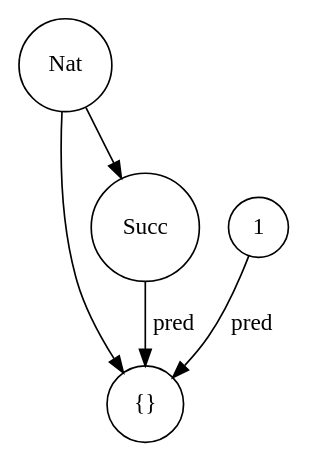
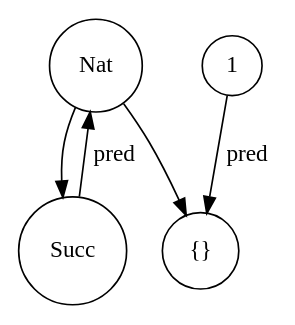
One commit to landerlo/stacc changed the diagram in talk/img/nat.dot. Above: the diagram before and after it, drawn with Graphviz. The commit also changed 3 other files, not shown here.

```diff
--- a/talk/img/nat.dot
+++ b/talk/img/nat.dot
@@ -1,13 +1,13 @@
 digraph Nat {
 edge [splines=curved]
 
 node [shape=circle]
 
 Z [label="{}"]
 
 Nat -> Succ 
 Nat -> Z
-Succ -> Z [label="pred"]
+Succ -> Nat [label="pred"]
 
 1 -> Z [label="pred"]
 }
```
